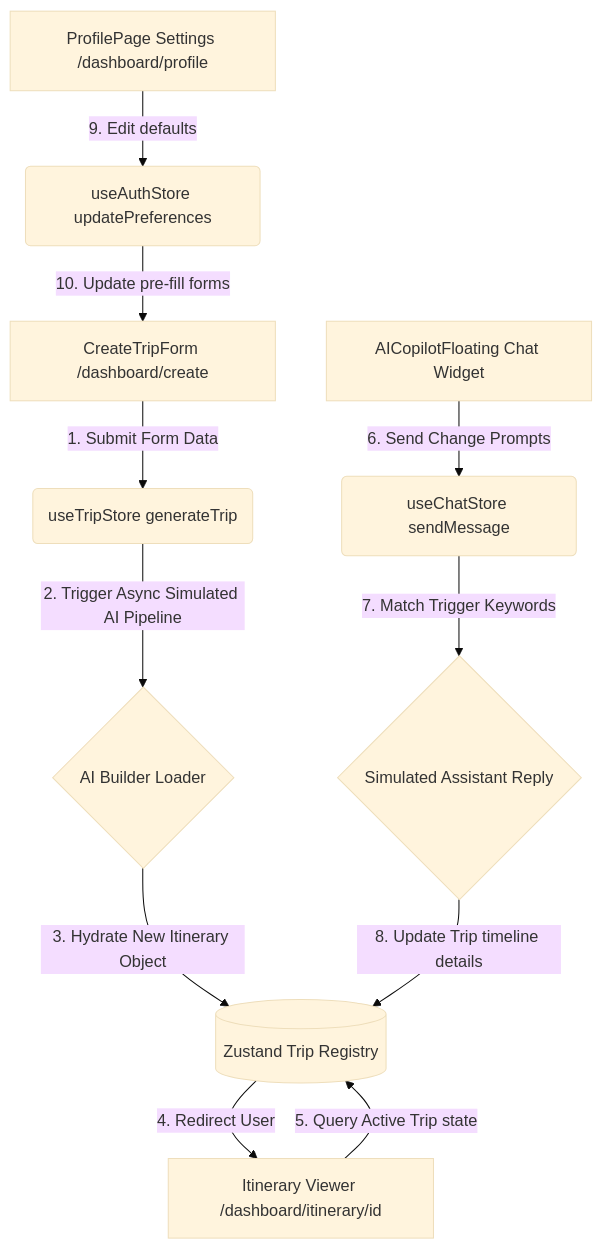
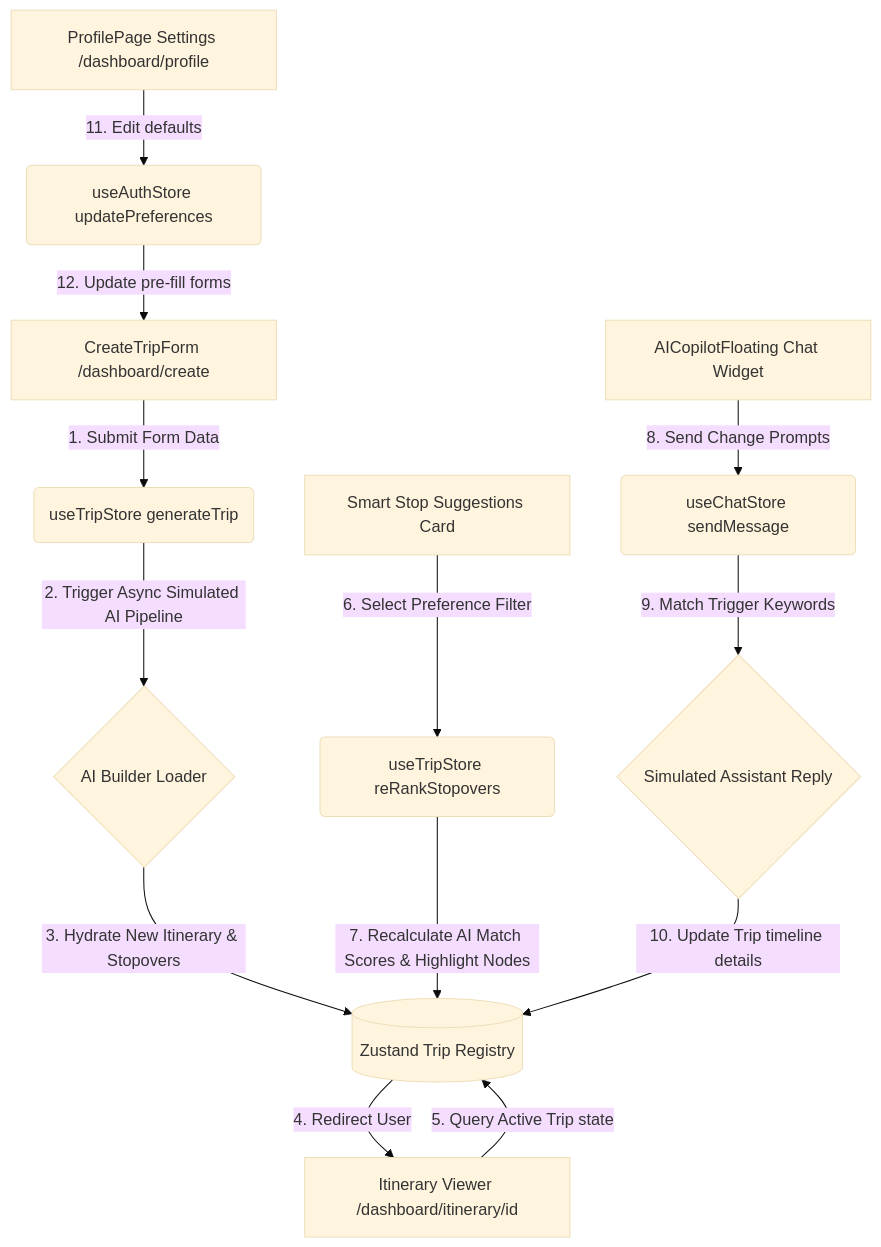
One commit to SAIRAJU-ADDAGARLA/TravelMind-AI-Travel-Planner changed the diagram in project_documentation.md. Above: the diagram before and after it, drawn with Mermaid (base theme). The commit also changed other lines of this file and 6 other files, not shown here.

Commit message:
feat: integrate real-time data architecture with OSRM, Overpass API, Open-Meteo, and Wikipedia

````diff
--- a/project_documentation.md
+++ b/project_documentation.md
@@ -11,13 +14,15 @@
 ```mermaid
 graph TD
     A[CreateTripForm /dashboard/create] -- 1. Submit Form Data --> B(useTripStore generateTrip)
     B -- 2. Trigger Async Simulated AI Pipeline --> C{AI Builder Loader}
-    C -- 3. Hydrate New Itinerary Object --> D[(Zustand Trip Registry)]
+    C -- 3. Hydrate New Itinerary & Stopovers --> D[(Zustand Trip Registry)]
     D -- 4. Redirect User --> E[Itinerary Viewer /dashboard/itinerary/id]
     E -- 5. Query Active Trip state --> D
-    F[AICopilotFloating Chat Widget] -- 6. Send Change Prompts --> G(useChatStore sendMessage)
-    G -- 7. Match Trigger Keywords --> H{Simulated Assistant Reply}
-    H -- 8. Update Trip timeline details --> D
-    I[ProfilePage Settings /dashboard/profile] -- 9. Edit defaults --> J(useAuthStore updatePreferences)
-    J -- 10. Update pre-fill forms --> A
+    F[Smart Stop Suggestions Card] -- 6. Select Preference Filter --> H(useTripStore reRankStopovers)
+    H -- 7. Recalculate AI Match Scores & Highlight Nodes --> D
+    G[AICopilotFloating Chat Widget] -- 8. Send Change Prompts --> I(useChatStore sendMessage)
+    I -- 9. Match Trigger Keywords --> J{Simulated Assistant Reply}
+    J -- 10. Update Trip timeline details --> D
+    K[ProfilePage Settings /dashboard/profile] -- 11. Edit defaults --> L(useAuthStore updatePreferences)
+    L -- 12. Update pre-fill forms --> A
 ```
````
